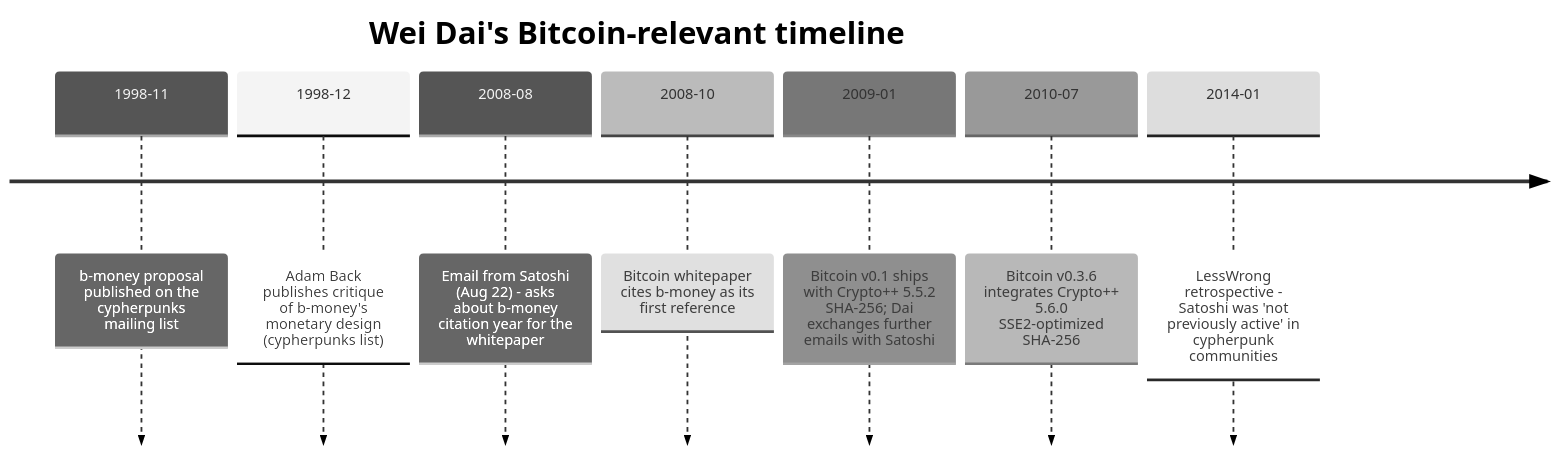
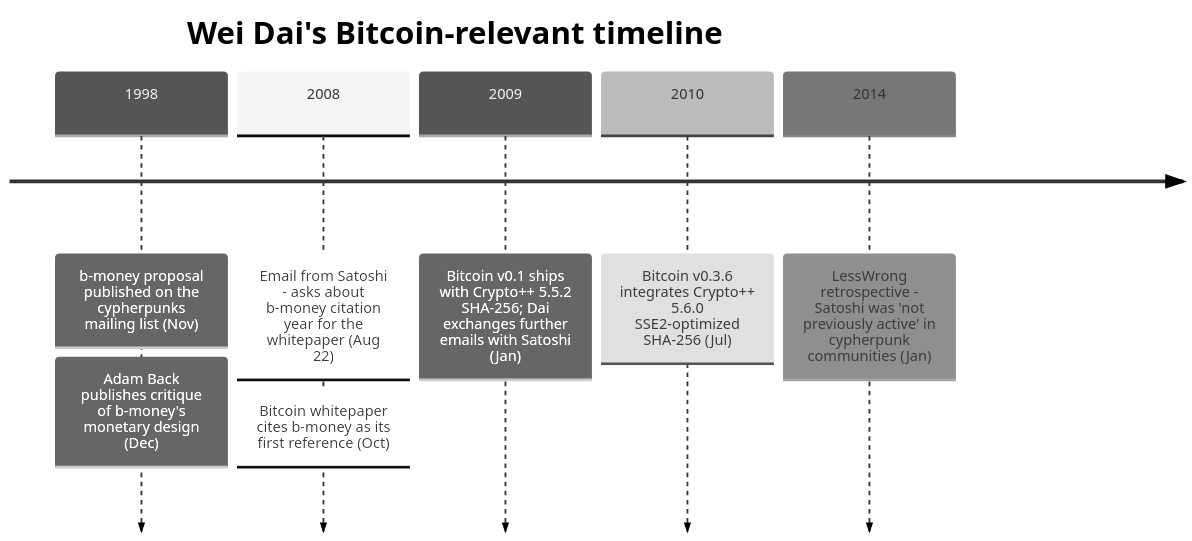
Before and after one commit to cypher256/BitcoinArchive: the diagram in src/data/entries/en/aftermath/2008-08-22-wei-dai-biography.md, drawn with Mermaid (neutral theme). The commit also changed 29 other files, not shown here.

````diff
--- a/src/data/entries/en/aftermath/2008-08-22-wei-dai-biography.md
+++ b/src/data/entries/en/aftermath/2008-08-22-wei-dai-biography.md
@@ -50,11 +50,11 @@
 ```mermaid
 timeline
     title Wei Dai's Bitcoin-relevant timeline
-    1998-11 : b-money proposal published on the cypherpunks mailing list
-    1998-12 : Adam Back publishes critique of b-money's monetary design (cypherpunks list)
-    2008-08 : Email from Satoshi (Aug 22) - asks about b-money citation year for the whitepaper
-    2008-10 : Bitcoin whitepaper cites b-money as its first reference
-    2009-01 : Bitcoin v0.1 ships with Crypto++ 5.5.2 SHA-256; Dai exchanges further emails with Satoshi
-    2010-07 : Bitcoin v0.3.6 integrates Crypto++ 5.6.0 SSE2-optimized SHA-256
-    2014-01 : LessWrong retrospective - Satoshi was 'not previously active' in cypherpunk communities
+    1998 : b-money proposal published on the cypherpunks mailing list (Nov)
+         : Adam Back publishes critique of b-money's monetary design (Dec)
+    2008 : Email from Satoshi - asks about b-money citation year for the whitepaper (Aug 22)
+         : Bitcoin whitepaper cites b-money as its first reference (Oct)
+    2009 : Bitcoin v0.1 ships with Crypto++ 5.5.2 SHA-256; Dai exchanges further emails with Satoshi (Jan)
+    2010 : Bitcoin v0.3.6 integrates Crypto++ 5.6.0 SSE2-optimized SHA-256 (Jul)
+    2014 : LessWrong retrospective - Satoshi was 'not previously active' in cypherpunk communities (Jan)
 ```
````
